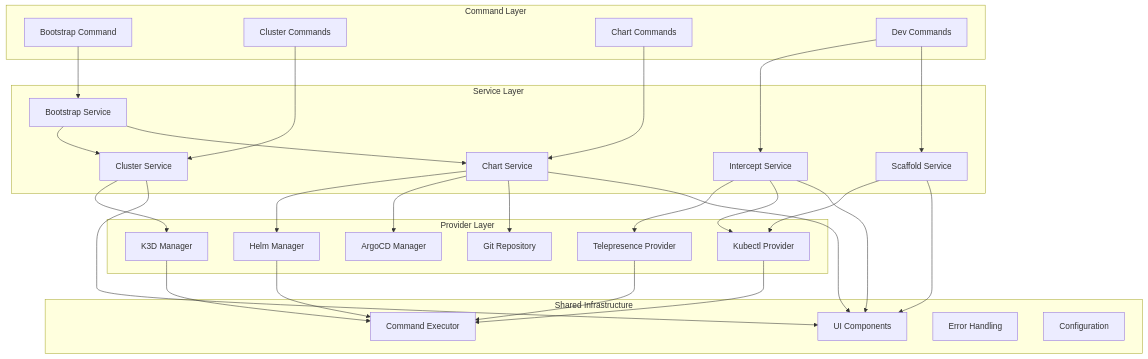
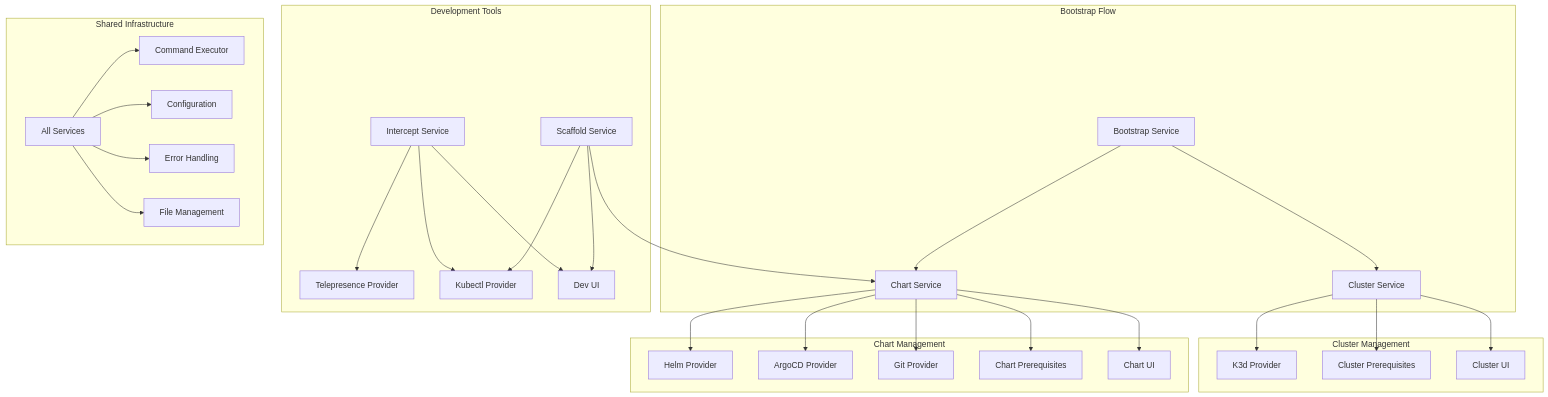
Before and after one commit to flamingo-stack/openframe-cli: the second of 4 diagrams in docs/reference/architecture/overview.md, drawn with Mermaid. The commit also changed other lines of this file and 51 other files, not shown here.

````diff
--- a/docs/reference/architecture/overview.md
+++ b/docs/reference/architecture/overview.md
@@ -59,60 +103,37 @@
 ```mermaid
 graph TB
-    subgraph "Command Layer"
-        BootstrapCmd[Bootstrap Command]
-        ClusterCmd[Cluster Commands]
-        ChartCmd[Chart Commands]
-        DevCmd[Dev Commands]
+    subgraph "Bootstrap Flow"
+        BS[Bootstrap Service] --> CS[Cluster Service]
+        BS --> CHS[Chart Service]
     end
     
-    subgraph "Service Layer"
-        BootstrapSvc[Bootstrap Service]
-        ClusterSvc[Cluster Service]
-        ChartSvc[Chart Service]
-        InterceptSvc[Intercept Service]
-        ScaffoldSvc[Scaffold Service]
+    subgraph "Cluster Management"
+        CS --> K3D[K3d Provider]
+        CS --> CPREREQ[Cluster Prerequisites]
+        CS --> CUI[Cluster UI]
     end
     
-    subgraph "Provider Layer"
-        K3DProvider[K3D Manager]
-        HelmProvider[Helm Manager]
-        ArgoCDProvider[ArgoCD Manager]
-        GitProvider[Git Repository]
-        TelepresenceProvider[Telepresence Provider]
-        KubectlProvider[Kubectl Provider]
+    subgraph "Chart Management"
+        CHS --> HELM[Helm Provider]
+        CHS --> ARGOCD[ArgoCD Provider]
+        CHS --> GIT[Git Provider]
+        CHS --> CHPREREQ[Chart Prerequisites]
+        CHS --> CHUI[Chart UI]
+    end
+    
+    subgraph "Development Tools"
+        IS[Intercept Service] --> TP[Telepresence Provider]
+        IS --> KUBECTL[Kubectl Provider]
+        SS[Scaffold Service] --> KUBECTL
+        SS --> CHS
+        IS --> DUI[Dev UI]
+        SS --> DUI
     end
     
     subgraph "Shared Infrastructure"
-        UI[UI Components]
-        Executor[Command Executor]
-        ErrorHandler[Error Handling]
-        Config[Configuration]
+        ALL[All Services] --> EXEC[Command Executor]
+        ALL --> CONFIG[Configuration]
+        ALL --> ERRORS[Error Handling]
+        ALL --> FILES[File Management]
     end
-    
-    BootstrapCmd --> BootstrapSvc
-    ClusterCmd --> ClusterSvc
-    ChartCmd --> ChartSvc
-    DevCmd --> InterceptSvc
-    DevCmd --> ScaffoldSvc
-    
-    BootstrapSvc --> ClusterSvc
-    BootstrapSvc --> ChartSvc
-    
-    ClusterSvc --> K3DProvider
-    ChartSvc --> HelmProvider
-    ChartSvc --> ArgoCDProvider
-    ChartSvc --> GitProvider
-    InterceptSvc --> TelepresenceProvider
-    InterceptSvc --> KubectlProvider
-    ScaffoldSvc --> KubectlProvider
-    
-    ClusterSvc --> UI
-    ChartSvc --> UI
-    InterceptSvc --> UI
-    ScaffoldSvc --> UI
-    
-    K3DProvider --> Executor
-    HelmProvider --> Executor
-    TelepresenceProvider --> Executor
-    KubectlProvider --> Executor
 ```
````
